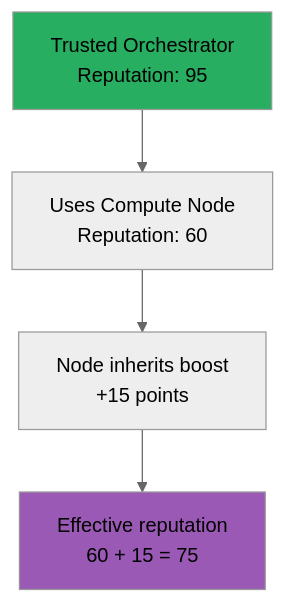
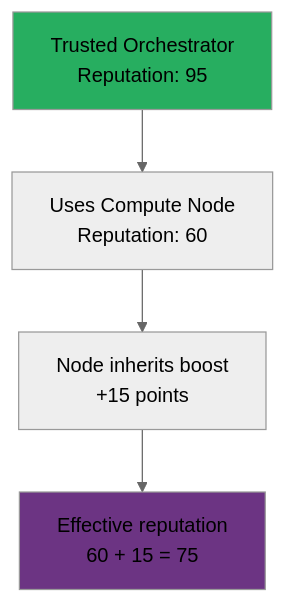
The eighth of 10 diagrams in docs/03-technology/system-architecture.md (CipherOcto/cipherocto), drawn with Mermaid (neutral theme) before and after one commit. The commit also changed other lines of this file and 13 other files, not shown here.

First line of the commit message:
Improve Mermaid diagram accessibility: Fix color contrast

````diff
--- a/docs/03-technology/system-architecture.md
+++ b/docs/03-technology/system-architecture.md
@@ -300,12 +300,12 @@
 ```mermaid
 graph TB
     A[Trusted Orchestrator<br/>Reputation: 95]
     B[Uses Compute Node<br/>Reputation: 60]
     C[Node inherits boost<br/>+15 points]
     D[Effective reputation<br/>60 + 15 = 75]
 
     A --> B --> C --> D
 
     style A fill:#27ae60
-    style D fill:#9b59b6
+    style D fill:#6c3483
 ```
````
